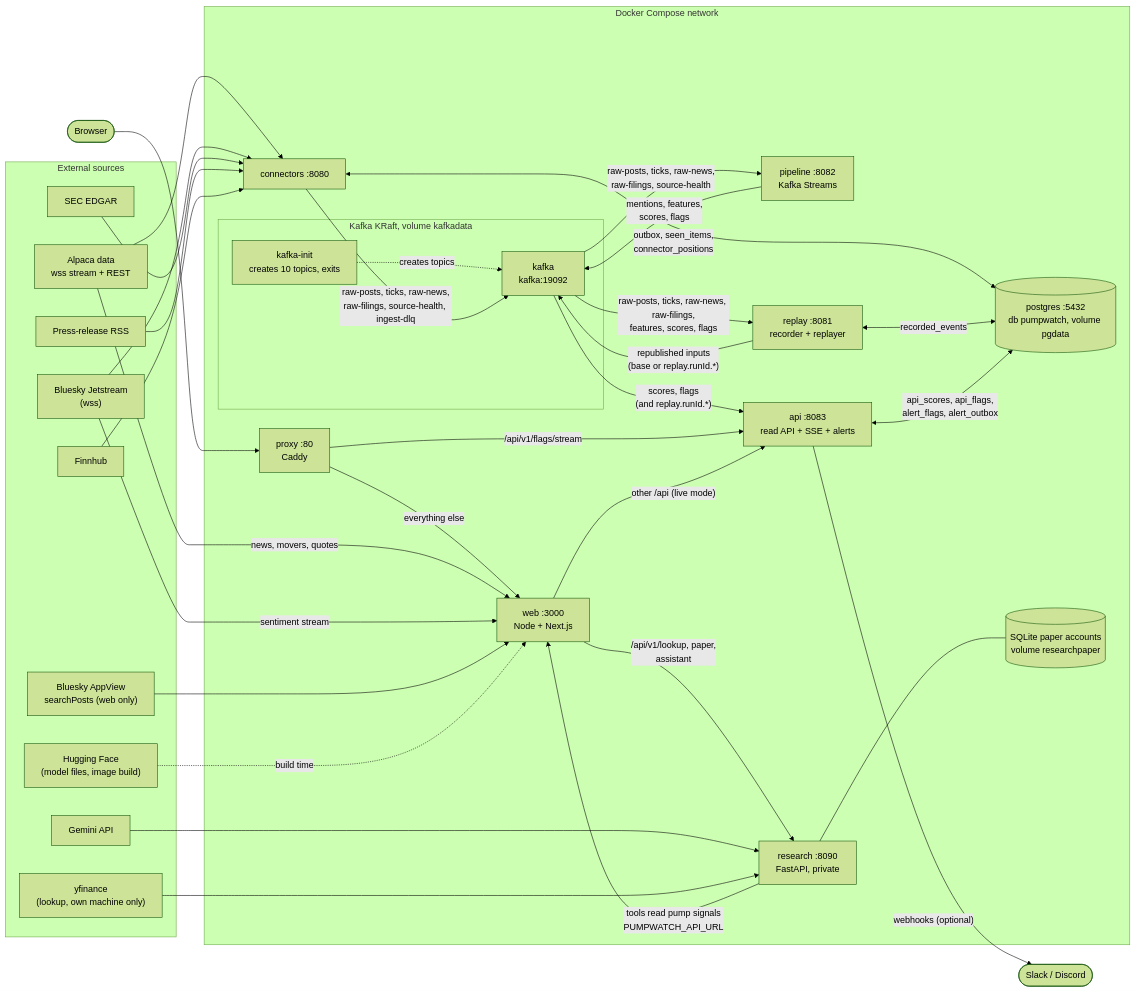
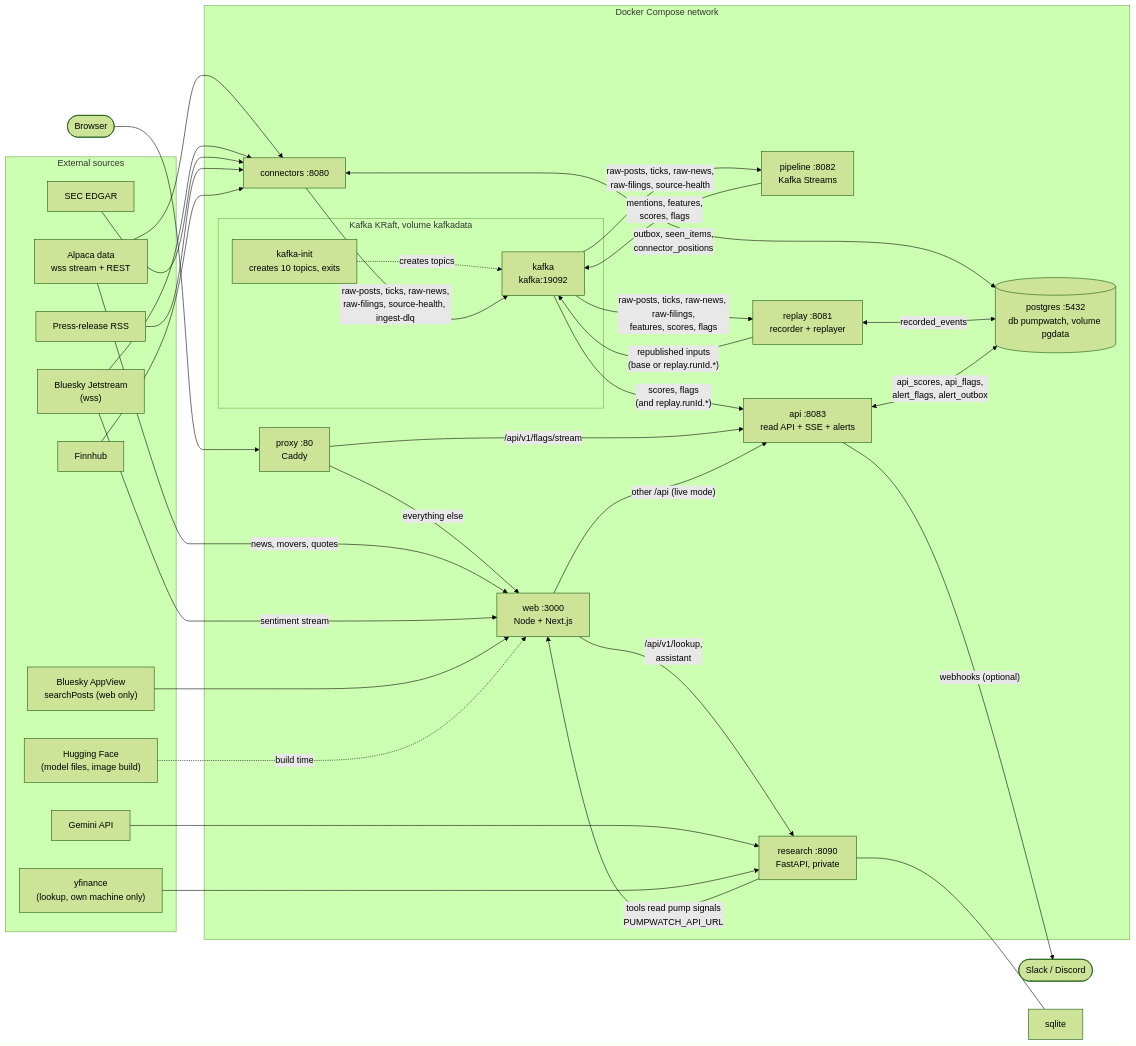
One commit to RLinV1/PumpDump changed the diagram in docs/architecture/containers.md. Above: the diagram before and after it, drawn with Mermaid (forest theme). The commit also changed other lines of this file and 70 other files, not shown here.

Commit message:
feat(research): drop paper trading and scope the assistant to flags

````diff
--- a/docs/architecture/containers.md
+++ b/docs/architecture/containers.md
@@ -11,68 +11,67 @@
 ```mermaid
 flowchart LR
   subgraph ext [External sources]
     alpaca["Alpaca data<br/>wss stream + REST"]
     jet["Bluesky Jetstream<br/>(wss)"]
     appview["Bluesky AppView<br/>searchPosts (web only)"]
     edgar["SEC EDGAR"]
     rss["Press-release RSS"]
     finn["Finnhub"]
     hf["Hugging Face<br/>(model files, image build)"]
     gem["Gemini API"]
     yf["yfinance<br/>(lookup, own machine only)"]
   end
 
   subgraph compose [Docker Compose network]
     subgraph kafkaBox [Kafka KRaft, volume kafkadata]
       k["kafka<br/>kafka:19092"]
       ki["kafka-init<br/>creates 10 topics, exits"]
     end
 
     connectors["connectors :8080"]
     pipeline["pipeline :8082<br/>Kafka Streams"]
     replay["replay :8081<br/>recorder + replayer"]
     api["api :8083<br/>read API + SSE + alerts"]
     web["web :3000<br/>Node + Next.js"]
     research["research :8090<br/>FastAPI, private"]
     proxy["proxy :80<br/>Caddy"]
     pg[("postgres :5432<br/>db pumpwatch, volume pgdata")]
-    sqlite[("SQLite paper accounts<br/>volume researchpaper")]
   end
 
   ki -. creates topics .-> k
 
   alpaca --> connectors
   jet --> connectors
   edgar --> connectors
   rss --> connectors
   finn --> connectors
 
   connectors <-->|"outbox, seen_items,<br/>connector_positions"| pg
   connectors -->|"raw-posts, ticks, raw-news,<br/>raw-filings, source-health, ingest-dlq"| k
 
   k -->|"raw-posts, ticks, raw-news,<br/>raw-filings, source-health"| pipeline
   pipeline -->|"mentions, features,<br/>scores, flags"| k
 
   k -->|"raw-posts, ticks, raw-news, raw-filings,<br/>features, scores, flags"| replay
   replay <-->|"recorded_events"| pg
   replay -->|"republished inputs<br/>(base or replay.runId.*)"| k
 
   k -->|"scores, flags<br/>(and replay.runId.*)"| api
   api <-->|"api_scores, api_flags,<br/>alert_flags, alert_outbox"| pg
   api -->|"webhooks (optional)"| hook(["Slack / Discord"])
 
   browser(["Browser"]) --> proxy
   proxy -->|"/api/v1/flags/stream"| api
   proxy -->|"everything else"| web
   web -->|"other /api (live mode)"| api
-  web -->|"/api/v1/lookup, paper,<br/>assistant"| research
+  web -->|"/api/v1/lookup,<br/>assistant"| research
   research -->|"tools read pump signals<br/>PUMPWATCH_API_URL"| web
   research --- sqlite
 
   alpaca -->|"news, movers, quotes"| web
   jet -->|"sentiment stream"| web
   appview --> web
   hf -.->|"build time"| web
   gem --> research
   yf --> research
 ```
````
